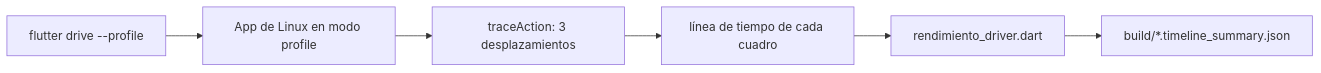
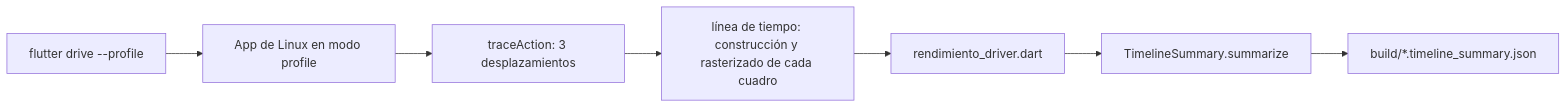
Before and after one commit to NICORUIZ93/The_Imperial_Book: the third of 5 diagrams in web/public/content/flutter/modulo-8.md, drawn with Mermaid. The commit also changed other lines of this file and 65 other files, not shown here.

````diff
--- a/web/public/content/flutter/modulo-8.md
+++ b/web/public/content/flutter/modulo-8.md
@@ -731,8 +980,9 @@
 ```mermaid
 flowchart LR
     D["flutter drive --profile"] --> A["App de Linux en modo profile"]
     A --> T["traceAction: 3 desplazamientos"]
-    T --> L["línea de tiempo de cada cuadro"]
+    T --> L["línea de tiempo: construcción y rasterizado de cada cuadro"]
     L --> DR["rendimiento_driver.dart"]
-    DR --> S["build/*.timeline_summary.json"]
+    DR --> R["TimelineSummary.summarize"]
+    R --> S["build/*.timeline_summary.json"]
 ```
````
